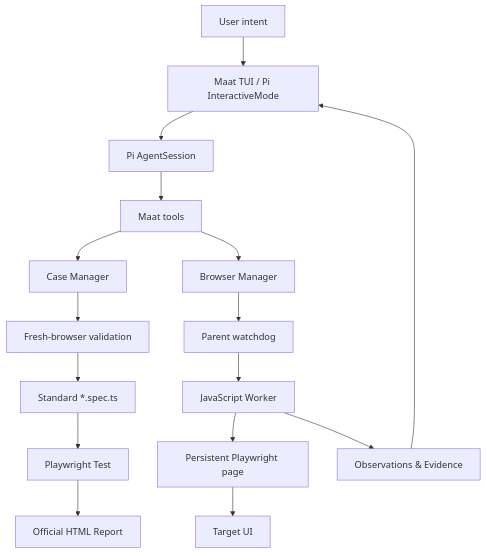
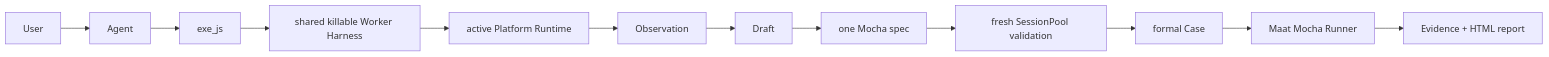
The diagram in README.md (houlianpi/Maat), drawn with Mermaid before and after one commit. The commit also changed other lines of this file and 100 other files, not shown here.

Commit message:
refactor: unify UI adapters under Maat harness

````diff
--- a/README.md
+++ b/README.md
@@ -253,18 +59,14 @@
 ```mermaid
-flowchart TD
-    User[User intent] --> TUI[Maat TUI / Pi InteractiveMode]
-    TUI --> Session[Pi AgentSession]
-    Session --> Tools[Maat tools]
-    Tools --> CaseManager[Case Manager]
-    Tools --> BrowserManager[Browser Manager]
-    BrowserManager --> Parent[Parent watchdog]
-    Parent --> Worker[JavaScript Worker]
-    Worker --> Playwright[Persistent Playwright page]
-    Playwright --> UI[Target UI]
-    Worker --> Evidence[Observations & Evidence]
-    Evidence --> TUI
-    CaseManager --> Validation[Fresh-browser validation]
-    Validation --> Spec[Standard *.spec.ts]
-    Spec --> Runner[Playwright Test]
-    Runner --> Report[Official HTML Report]
+flowchart LR
+  User --> Agent
+  Agent --> Execute[exe_js]
+  Execute --> Worker[shared killable Worker Harness]
+  Worker --> Adapter[active Platform Runtime]
+  Adapter --> Observation
+  Observation --> Draft
+  Draft --> Candidate[one Mocha spec]
+  Candidate --> Validate[fresh SessionPool validation]
+  Validate --> Case[formal Case]
+  Case --> Runner[Maat Mocha Runner]
+  Runner --> Report[Evidence + HTML report]
 ```
````
